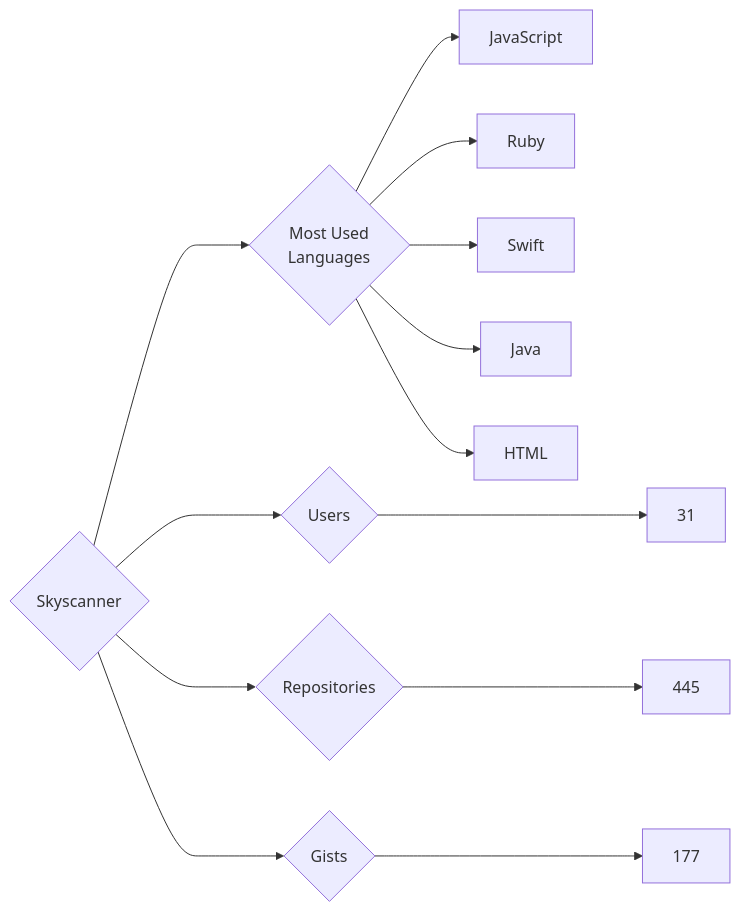
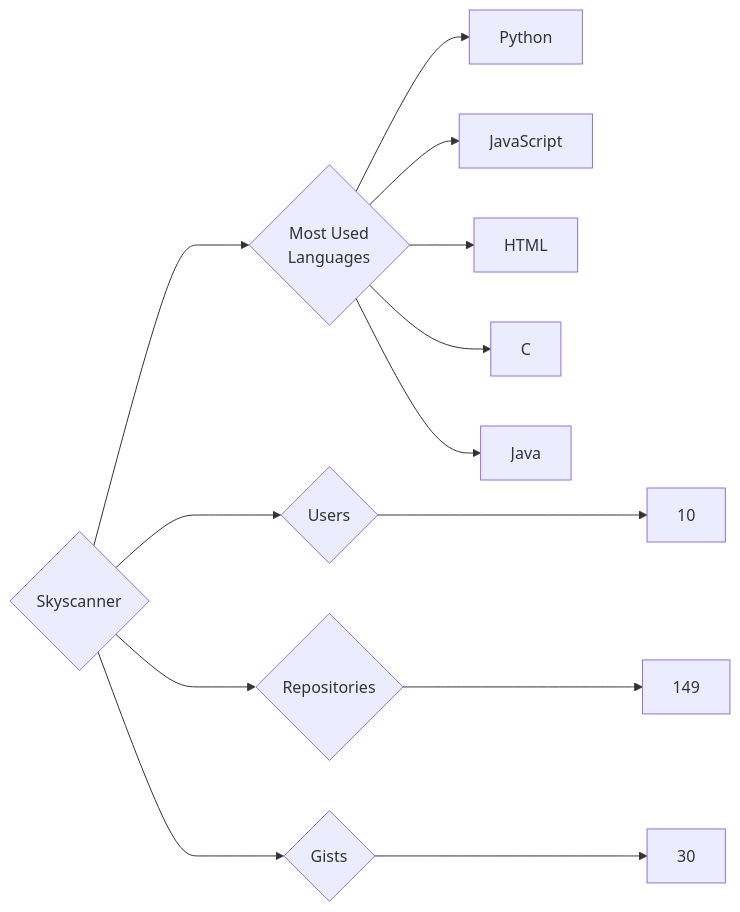
Before and after one commit to trickest/insiders: the diagram in targets/Skyscanner/README.md, drawn with Mermaid. The commit also changed 912 other files, not shown here.

````diff
--- a/targets/Skyscanner/README.md
+++ b/targets/Skyscanner/README.md
@@ -3,13 +3,13 @@
 ```mermaid
 graph LR
 COMPANY_NAME{Skyscanner}
-COMPANY_NAME ---> U{Users} ---> UN[31]
-COMPANY_NAME ---> R{Repositories} ---> RN[445]
-COMPANY_NAME ---> G{Gists} ---> GN[177]
+COMPANY_NAME ---> U{Users} ---> UN[10]
+COMPANY_NAME ---> R{Repositories} ---> RN[149]
+COMPANY_NAME ---> G{Gists} ---> GN[30]
 COMPANY_NAME ---> ML{Most Used<br>Languages}
+ML --> Python[Python]
 ML --> JavaScript[JavaScript]
-ML --> Ruby[Ruby]
-ML --> Swift[Swift]
+ML --> HTML[HTML]
+ML --> C[C]
 ML --> Java[Java]
-ML --> HTML[HTML]
 ```
````
